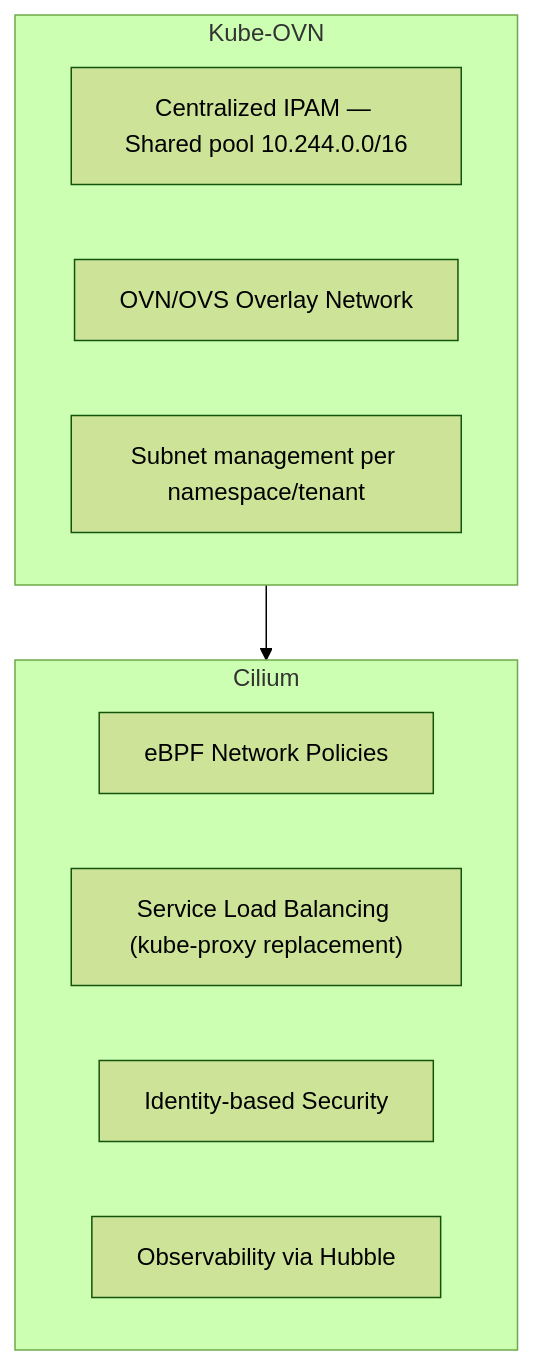
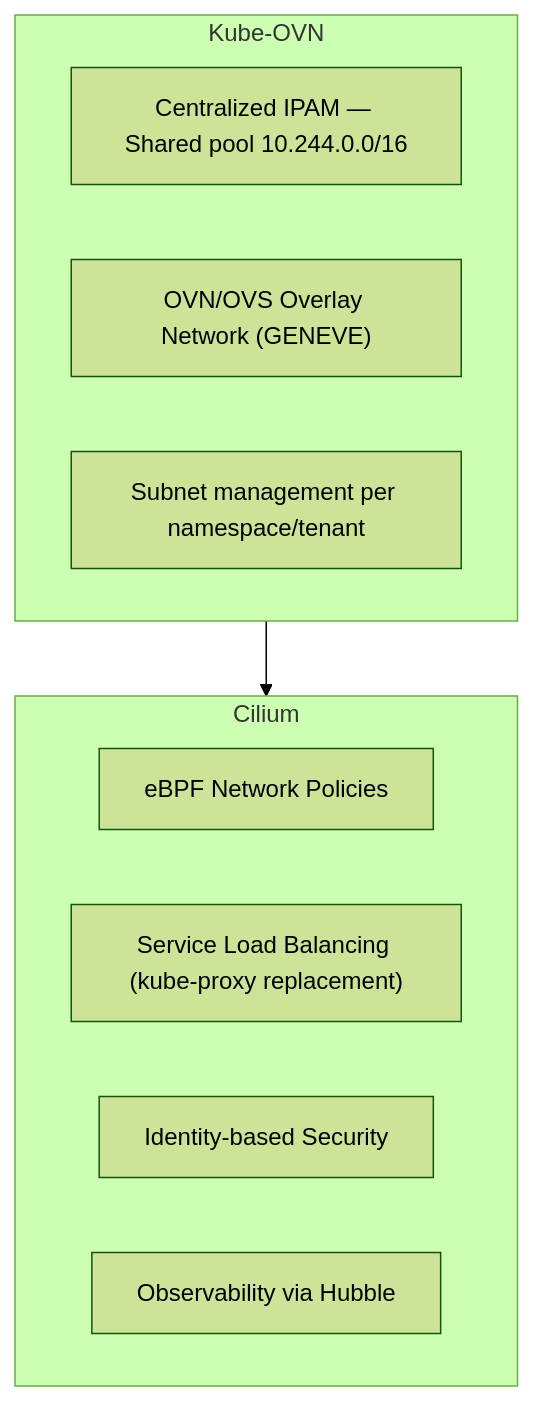
Before and after one commit to cozystack/website: the eighth of 14 diagrams in content/en/docs/v1/networking/architecture.md, drawn with Mermaid (forest theme). The commit also changed other lines of this file, not shown here.

First line of the commit message:
docs(networking): address review feedback for network architecture

````diff
--- a/content/en/docs/v1/networking/architecture.md
+++ b/content/en/docs/v1/networking/architecture.md
@@ -227,17 +259,17 @@
 ```mermaid
 flowchart TD
     subgraph KO["Kube-OVN"]
         IPAM["Centralized IPAM — Shared pool 10.244.0.0/16"]
-        OVN["OVN/OVS Overlay Network"]
+        OVN["OVN/OVS Overlay Network (GENEVE)"]
         SUBNET["Subnet management per namespace/tenant"]
     end
 
     subgraph CIL["Cilium"]
         POLICY["eBPF Network Policies"]
         SVCBAL["Service Load Balancing (kube-proxy replacement)"]
         IDENT["Identity-based Security"]
         HUB["Observability via Hubble"]
     end
 
     KO --> CIL
 ```
````
